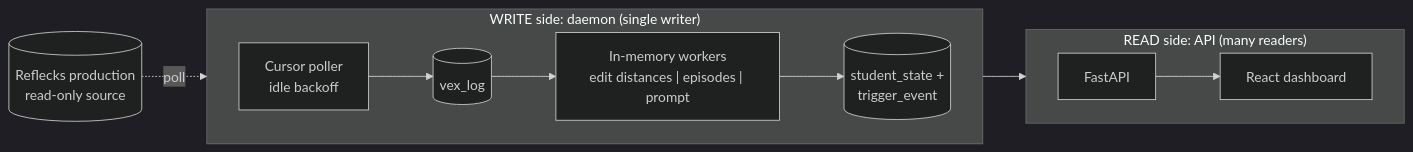
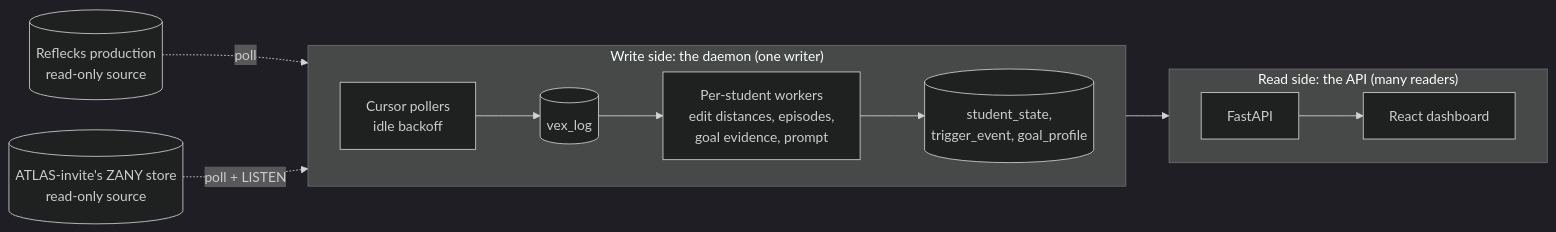
One commit to InviteInstitute/lm-dashboard changed the diagram in docs/concepts/architecture.md. Above: the diagram before and after it, drawn with Mermaid (dark theme). The commit also changed other lines of this file and 21 other files, not shown here.

````diff
--- a/docs/concepts/architecture.md
+++ b/docs/concepts/architecture.md
@@ -21,18 +15,20 @@
 ```mermaid
 %%{init: {"flowchart": {"nodeSpacing": 35, "rankSpacing": 50}}}%%
 flowchart LR
     prod[("Reflecks production<br/>read-only source")]
+    zany[("ATLAS-invite's ZANY store<br/>read-only source")]
 
-    subgraph WRITE["WRITE side: daemon (single writer)"]
+    subgraph WRITE["Write side: the daemon (one writer)"]
         direction LR
-        poll["Cursor poller<br/>idle backoff"] --> log[("vex_log")] --> workers["In-memory workers<br/>edit distances | episodes | prompt"] --> proj[("student_state +<br/>trigger_event")]
+        poll["Cursor pollers<br/>idle backoff"] --> log[("vex_log")] --> workers["Per-student workers<br/>edit distances, episodes,<br/>goal evidence, prompt"] --> proj[("student_state,<br/>trigger_event, goal_profile")]
     end
 
-    subgraph READ["READ side: API (many readers)"]
+    subgraph READ["Read side: the API (many readers)"]
         direction LR
         api["FastAPI"] --> ui["React dashboard"]
     end
 
     prod -. "poll" .-> poll
+    zany -. "poll + LISTEN" .-> poll
     proj --> api
 ```
````
